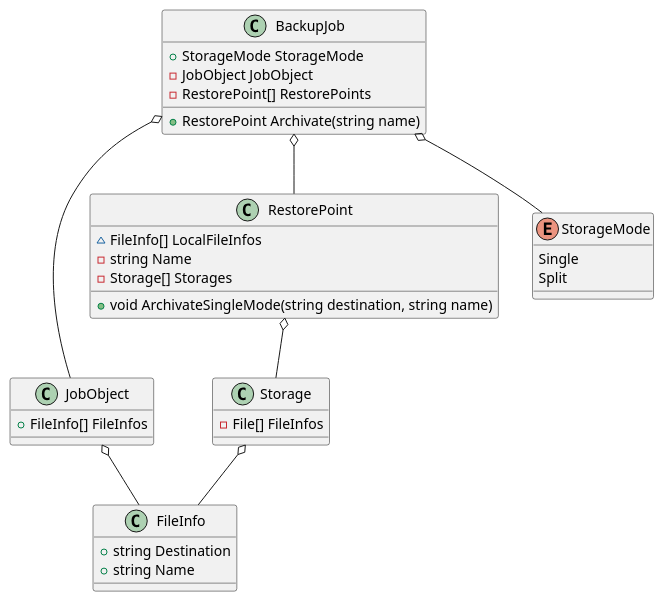
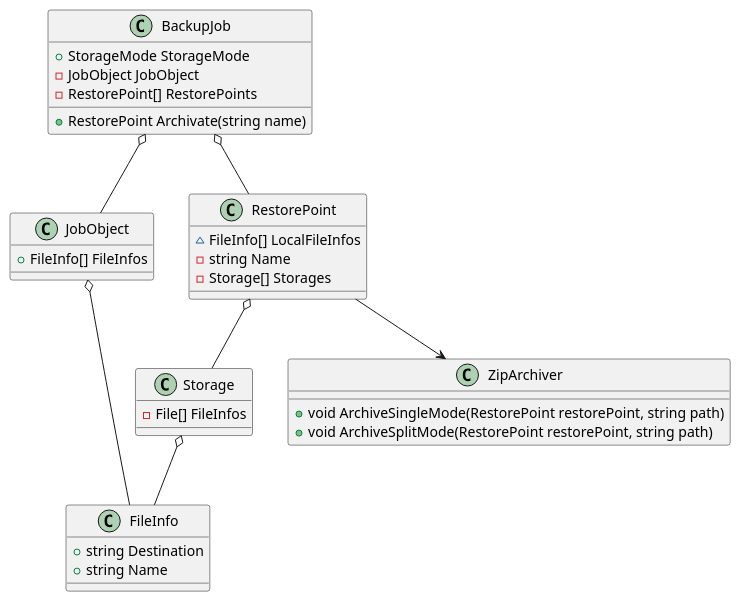
The diagram in Docs/Classes.puml (Ar4eR-ValerA/OOP.IIIsem), drawn with PlantUML before and after one commit. The commit also changed 1 other file, not shown here.

Commit message:
chore: updates docs        classes uml v1.3        usecase uml v1.2

```diff
--- a/Docs/Classes.puml
+++ b/Docs/Classes.puml
@@ -1,44 +1,42 @@
 @startuml
 
 class BackupJob {
     + StorageMode StorageMode
     - JobObject JobObject
     - RestorePoint[] RestorePoints
     
     + RestorePoint Archivate(string name)
 }
 
 class JobObject {
     + FileInfo[] FileInfos
 }
 
 class RestorePoint {
     ~ FileInfo[] LocalFileInfos
     - string Name
     - Storage[] Storages
-    
-    + void ArchivateSingleMode(string destination, string name)
 }
 
 class Storage {
     - File[] FileInfos
 }
 
 class FileInfo {
     + string Destination
     + string Name
 }
 
-enum StorageMode {
-    Single
-    Split
+class ZipArchiver {
+    + void ArchiveSingleMode(RestorePoint restorePoint, string path)
+    + void ArchiveSplitMode(RestorePoint restorePoint, string path)
 }
 
 BackupJob o-- RestorePoint
 RestorePoint o-- Storage
 Storage o-- FileInfo
-BackupJob o-- StorageMode
 BackupJob o-- JobObject
 JobObject o-- FileInfo
+RestorePoint --> ZipArchiver
 
 @enduml
```
